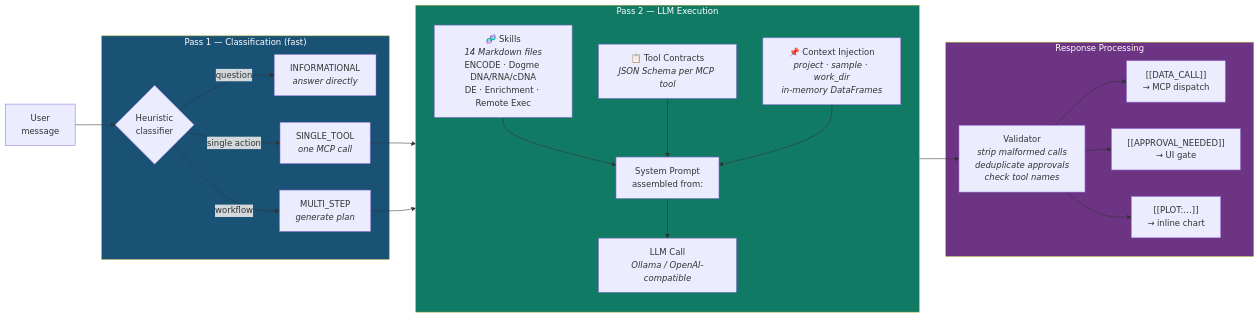
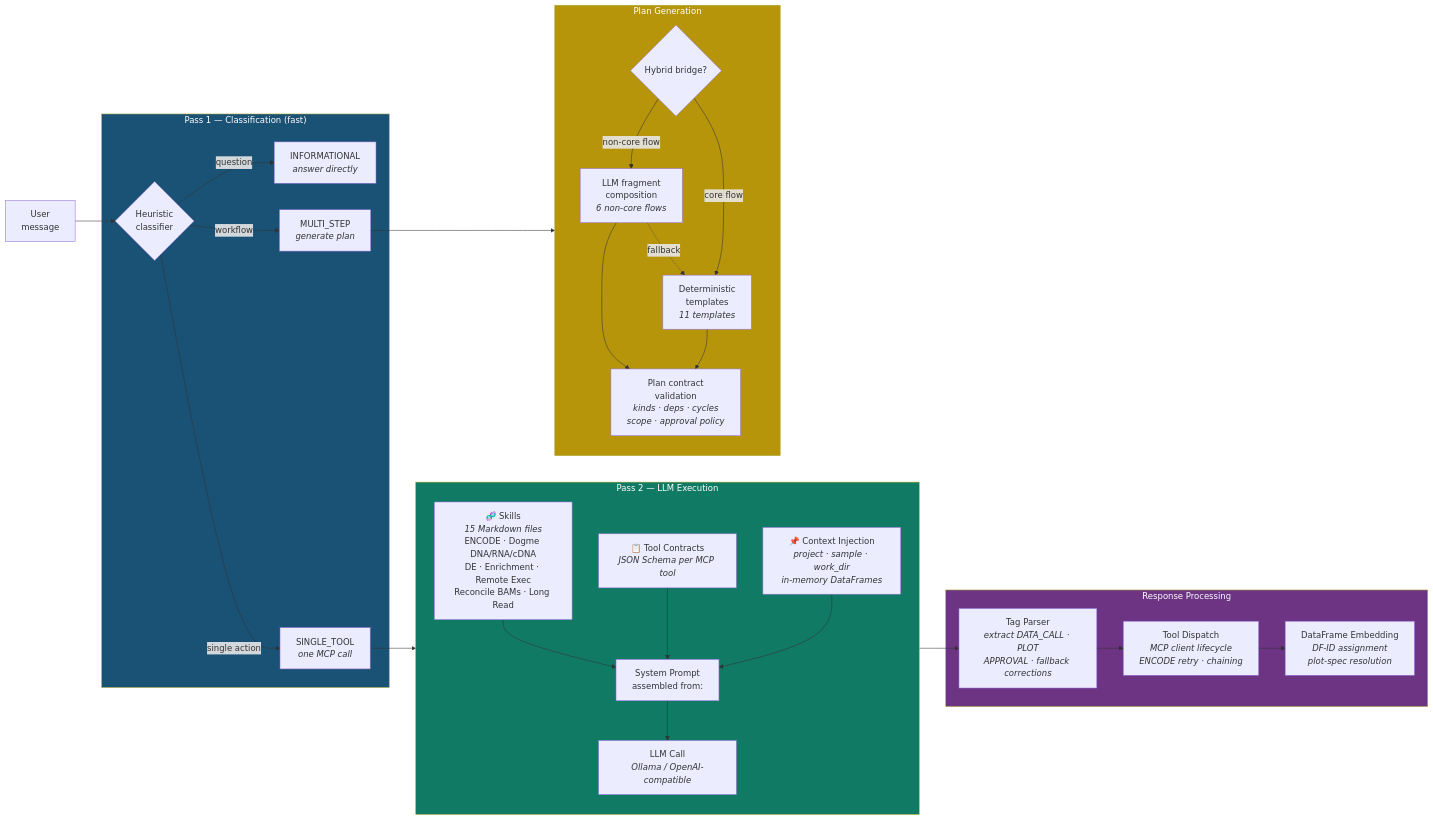
Before and after one commit to mortazavilab/agoutic: the second of 8 diagrams in docs/architecture_diagrams.md, drawn with Mermaid. The commit also changed other lines of this file and 26 other files, not shown here.

````diff
--- a/docs/architecture_diagrams.md
+++ b/docs/architecture_diagrams.md
@@ -77,46 +97,54 @@
 ```mermaid
 flowchart LR
     Msg["User<br/>message"]
 
     subgraph Pass1 ["Pass 1 — Classification (fast)"]
         Classify{"Heuristic<br/>classifier"}
         Info["INFORMATIONAL<br/><i>answer directly</i>"]
         Single["SINGLE_TOOL<br/><i>one MCP call</i>"]
         Multi["MULTI_STEP<br/><i>generate plan</i>"]
     end
 
     subgraph Pass2 ["Pass 2 — LLM Execution"]
         direction TB
         Prompt["System Prompt<br/>assembled from:"]
-        Skills["🧬 Skills<br/><i>14 Markdown files</i><br/>ENCODE · Dogme DNA/RNA/cDNA<br/>DE · Enrichment · Remote Exec"]
+        Skills["🧬 Skills<br/><i>15 Markdown files</i><br/>ENCODE · Dogme DNA/RNA/cDNA<br/>DE · Enrichment · Remote Exec<br/>Reconcile BAMs · Long Read"]
         Contracts["📋 Tool Contracts<br/><i>JSON Schema per MCP tool</i>"]
         Context["📌 Context Injection<br/><i>project · sample · work_dir<br/>in-memory DataFrames</i>"]
         LLM["LLM Call<br/><i>Ollama / OpenAI-compatible</i>"]
     end
 
+    subgraph Planning ["Plan Generation"]
+        direction TB
+        Hybrid{"Hybrid bridge?"}
+        LLMPlan["LLM fragment<br/>composition<br/><i>6 non-core flows</i>"]
+        Templates["Deterministic<br/>templates<br/><i>11 templates</i>"]
+        Validate2["Plan contract<br/>validation<br/><i>kinds · deps · cycles<br/>scope · approval policy</i>"]
+    end
+
     subgraph Output ["Response Processing"]
-        Validate["Validator<br/><i>strip malformed calls<br/>deduplicate approvals<br/>check tool names</i>"]
-        DataCall["[[DATA_CALL]]<br/>→ MCP dispatch"]
-        ApprovalTag["[[APPROVAL_NEEDED]]<br/>→ UI gate"]
-        Plot["[[PLOT:…]]<br/>→ inline chart"]
+        TagParser["Tag Parser<br/><i>extract DATA_CALL · PLOT<br/>APPROVAL · fallback corrections</i>"]
+        ToolDispatch["Tool Dispatch<br/><i>MCP client lifecycle<br/>ENCODE retry · chaining</i>"]
+        DFEmbed["DataFrame Embedding<br/><i>DF-ID assignment<br/>plot-spec resolution</i>"]
     end
 
     Msg --> Classify
     Classify -->|question| Info
     Classify -->|single action| Single
     Classify -->|workflow| Multi
     Single --> Prompt
-    Multi --> Prompt
+    Multi --> Planning
+    Hybrid -->|non-core flow| LLMPlan --> Validate2
+    Hybrid -->|core flow| Templates --> Validate2
+    LLMPlan -.->|fallback| Templates
     Skills --> Prompt
     Contracts --> Prompt
     Context --> Prompt
     Prompt --> LLM
-    LLM --> Validate
-    Validate --> DataCall
-    Validate --> ApprovalTag
-    Validate --> Plot
+    LLM --> TagParser --> ToolDispatch --> DFEmbed
 
     style Pass1 fill:#1a5276,color:#fff
     style Pass2 fill:#117a65,color:#fff
+    style Planning fill:#b7950b,color:#fff
     style Output fill:#6c3483,color:#fff
 ```
````
